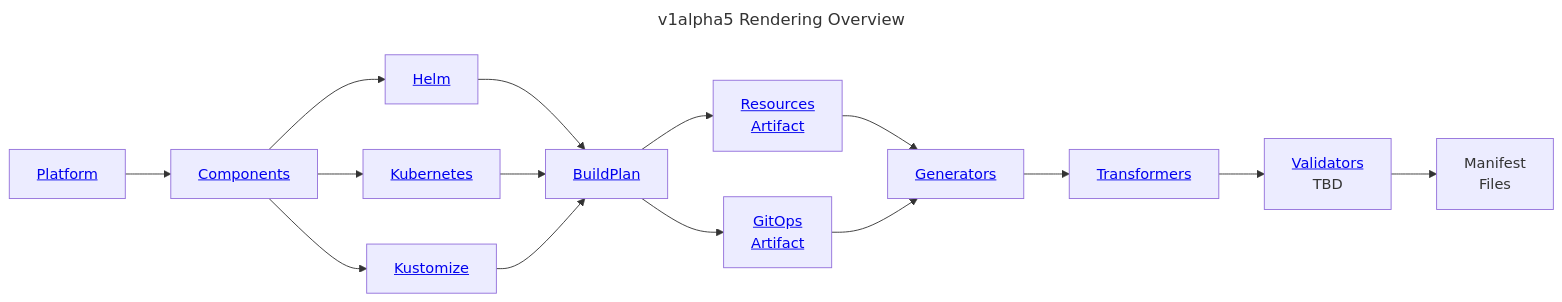
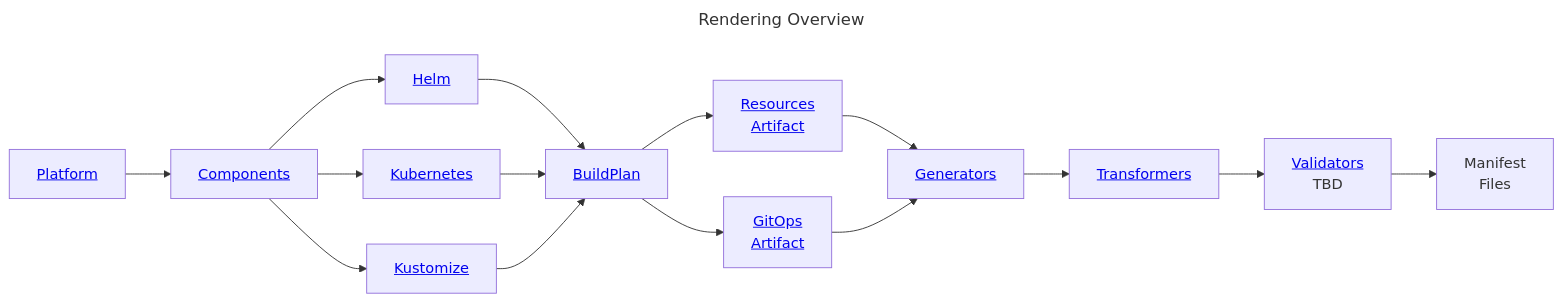
Before and after one commit to holos-run/holos: the diagram in doc/website/src/diagrams/rendering-overview.mdx, drawn with Mermaid. The commit also changed 9 other files, not shown here.

First line of the commit message:
docs: consolidate diagrams to @site/src/diagrams/

````diff
--- a/doc/website/src/diagrams/rendering-overview.mdx
+++ b/doc/website/src/diagrams/rendering-overview.mdx
@@ -1,32 +1,32 @@
 ```mermaid
 ---
-title: v1alpha5 Rendering Overview
+title: Rendering Overview
 ---
 graph LR
     Platform[<a href="/docs/v1alpha5/api/author/#Platform">Platform</a>]
     Component[<a href="/docs/v1alpha5/api/author/#ComponentConfig">Components</a>]
 
     Helm[<a href="/docs/v1alpha5/api/author/#Helm">Helm</a>]
     Kustomize[<a href="/docs/v1alpha5/api/author/#Kustomize">Kustomize</a>]
     Kubernetes[<a href="/docs/v1alpha5/api/author/#Kubernetes">Kubernetes</a>]
 
     BuildPlan[<a href="/docs/v1alpha5/api/core/#BuildPlan">BuildPlan</a>]
 
     ResourcesArtifact[<a href="/docs/v1alpha5/api/core/#Artifact">Resources<br/>Artifact</a>]
     GitOpsArtifact[<a href="/docs/v1alpha5/api/core/#Artifact">GitOps<br/>Artifact</a>]
 
     Generators[<a href="/docs/v1alpha5/api/core/#Generator">Generators</a>]
     Transformers[<a href="/docs/v1alpha5/api/core/#Transformer">Transformers</a>]
     Validators[<a href="/docs/v1alpha5/api/core/#Transformer">Validators</a><br/>TBD]
     Files[Manifest<br/>Files]
 
     Platform --> Component
     Component --> Helm --> BuildPlan
     Component --> Kubernetes --> BuildPlan
     Component --> Kustomize --> BuildPlan
 
     BuildPlan --> ResourcesArtifact --> Generators
     BuildPlan --> GitOpsArtifact --> Generators
 
     Generators --> Transformers --> Validators --> Files
 ```
````
